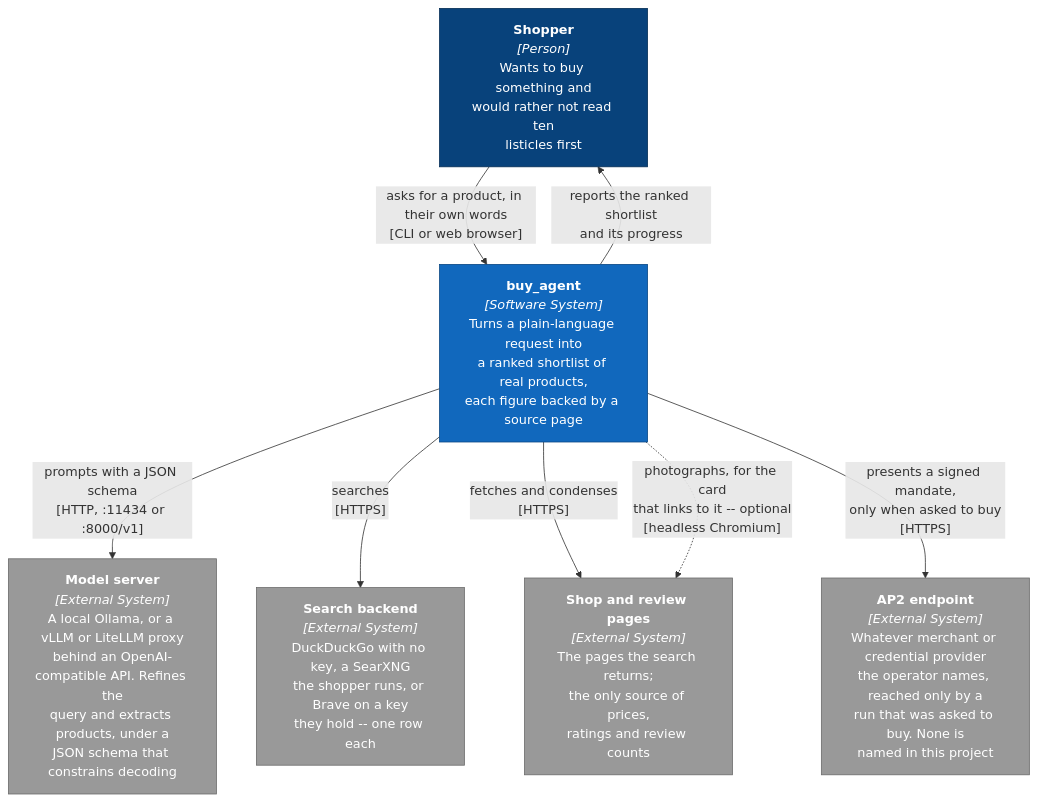
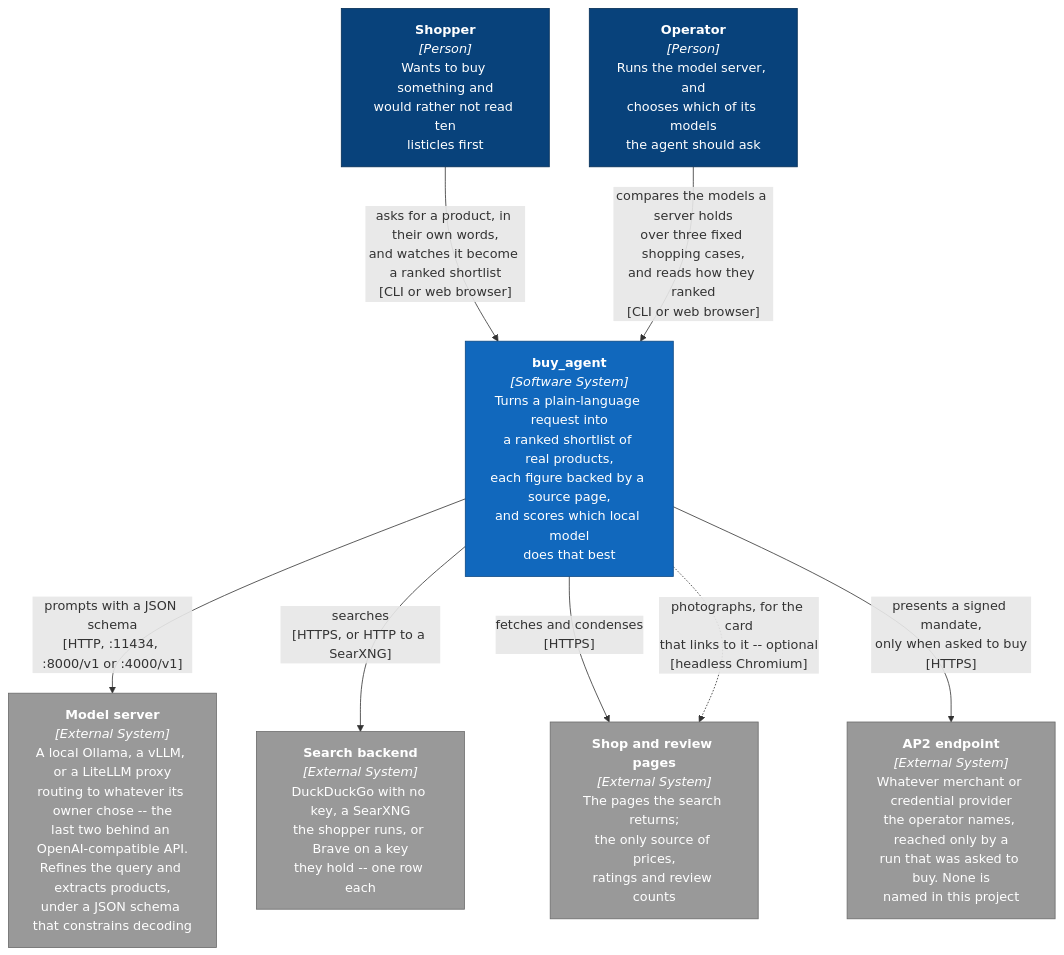
The first of 6 diagrams in docs/architecture.md (adamw7/buy_agent), drawn with Mermaid before and after one commit. The commit also changed other lines of this file, not shown here.

````diff
--- a/docs/architecture.md
+++ b/docs/architecture.md
@@ -10,26 +10,27 @@
 ```mermaid
 graph TB
     shopper["<b>Shopper</b><br/><i>[Person]</i><br/>Wants to buy something and<br/>would rather not read ten<br/>listicles first"]
+    operator["<b>Operator</b><br/><i>[Person]</i><br/>Runs the model server, and<br/>chooses which of its models<br/>the agent should ask"]
 
-    system["<b>buy_agent</b><br/><i>[Software System]</i><br/>Turns a plain-language request into<br/>a ranked shortlist of real products,<br/>each figure backed by a source page"]
+    system["<b>buy_agent</b><br/><i>[Software System]</i><br/>Turns a plain-language request into<br/>a ranked shortlist of real products,<br/>each figure backed by a source page,<br/>and scores which local model<br/>does that best"]
 
-    ollama["<b>Model server</b><br/><i>[External System]</i><br/>A local Ollama, or a vLLM or LiteLLM proxy<br/>behind an OpenAI-compatible API. Refines the<br/>query and extracts products, under a<br/>JSON schema that constrains decoding"]
+    ollama["<b>Model server</b><br/><i>[External System]</i><br/>A local Ollama, a vLLM, or a LiteLLM proxy<br/>routing to whatever its owner chose -- the<br/>last two behind an OpenAI-compatible API.<br/>Refines the query and extracts products,<br/>under a JSON schema that constrains decoding"]
     ddg["<b>Search backend</b><br/><i>[External System]</i><br/>DuckDuckGo with no key, a SearXNG<br/>the shopper runs, or Brave on a key<br/>they hold -- one row each"]
     shops["<b>Shop and review pages</b><br/><i>[External System]</i><br/>The pages the search returns;<br/>the only source of prices,<br/>ratings and review counts"]
     counterparty["<b>AP2 endpoint</b><br/><i>[External System]</i><br/>Whatever merchant or credential provider<br/>the operator names, reached only by a<br/>run that was asked to buy. None is<br/>named in this project"]
 
-    shopper -->|"asks for a product, in their own words<br/>[CLI or web browser]"| system
-    system -->|"reports the ranked shortlist<br/>and its progress"| shopper
-    system -->|"prompts with a JSON schema<br/>[HTTP, :11434 or :8000/v1]"| ollama
-    system -->|"searches<br/>[HTTPS]"| ddg
+    shopper -->|"asks for a product, in their own words,<br/>and watches it become a ranked shortlist<br/>[CLI or web browser]"| system
+    operator -->|"compares the models a server holds<br/>over three fixed shopping cases,<br/>and reads how they ranked<br/>[CLI or web browser]"| system
+    system -->|"prompts with a JSON schema<br/>[HTTP, :11434, :8000/v1 or :4000/v1]"| ollama
+    system -->|"searches<br/>[HTTPS, or HTTP to a SearXNG]"| ddg
     system -->|"fetches and condenses<br/>[HTTPS]"| shops
     system -.->|"photographs, for the card<br/>that links to it -- optional<br/>[headless Chromium]"| shops
     system -->|"presents a signed mandate,<br/>only when asked to buy<br/>[HTTPS]"| counterparty
 
     classDef person fill:#08427b,stroke:#052e56,color:#fff
     classDef internal fill:#1168bd,stroke:#0b4884,color:#fff
     classDef external fill:#999,stroke:#6b6b6b,color:#fff
-    class shopper person
+    class shopper,operator person
     class system internal
     class ollama,ddg,shops,counterparty external
 ```
````
